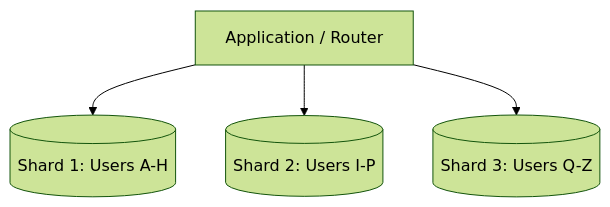
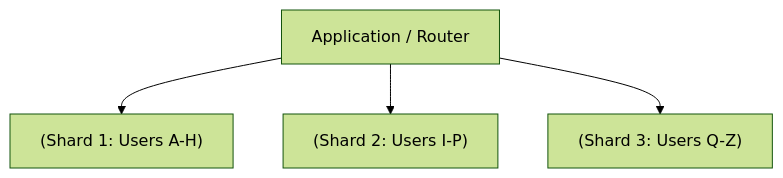
One commit to vanos001/placement_prep changed the third of 9 diagrams in src/interview/system-design/hld/database-design.md. Above: the diagram before and after it, drawn with Mermaid (forest theme). The commit also changed other lines of this file and 19 other files, not shown here.

First line of the commit message:
fix(mermaid,links): repair regressions after merging dev into dev2

````diff
--- a/src/interview/system-design/hld/database-design.md
+++ b/src/interview/system-design/hld/database-design.md
@@ -158,6 +158,6 @@
 ```mermaid
 graph TD
-    A[Application / Router] --> S1[(Shard 1: Users A-H)]
-    A --> S2[(Shard 2: Users I-P)]
-    A --> S3[(Shard 3: Users Q-Z)]
+    A[Application / Router] --> S1["(Shard 1: Users A-H)"]
+    A --> S2["(Shard 2: Users I-P)"]
+    A --> S3["(Shard 3: Users Q-Z)"]
 ```
````
